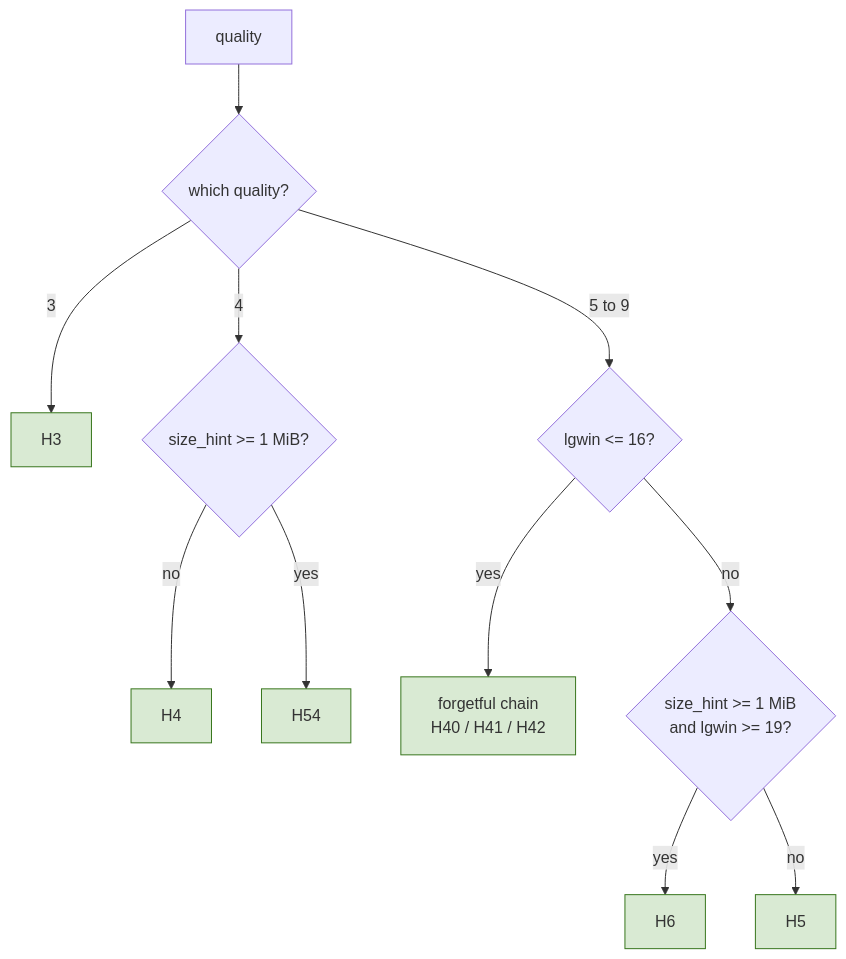
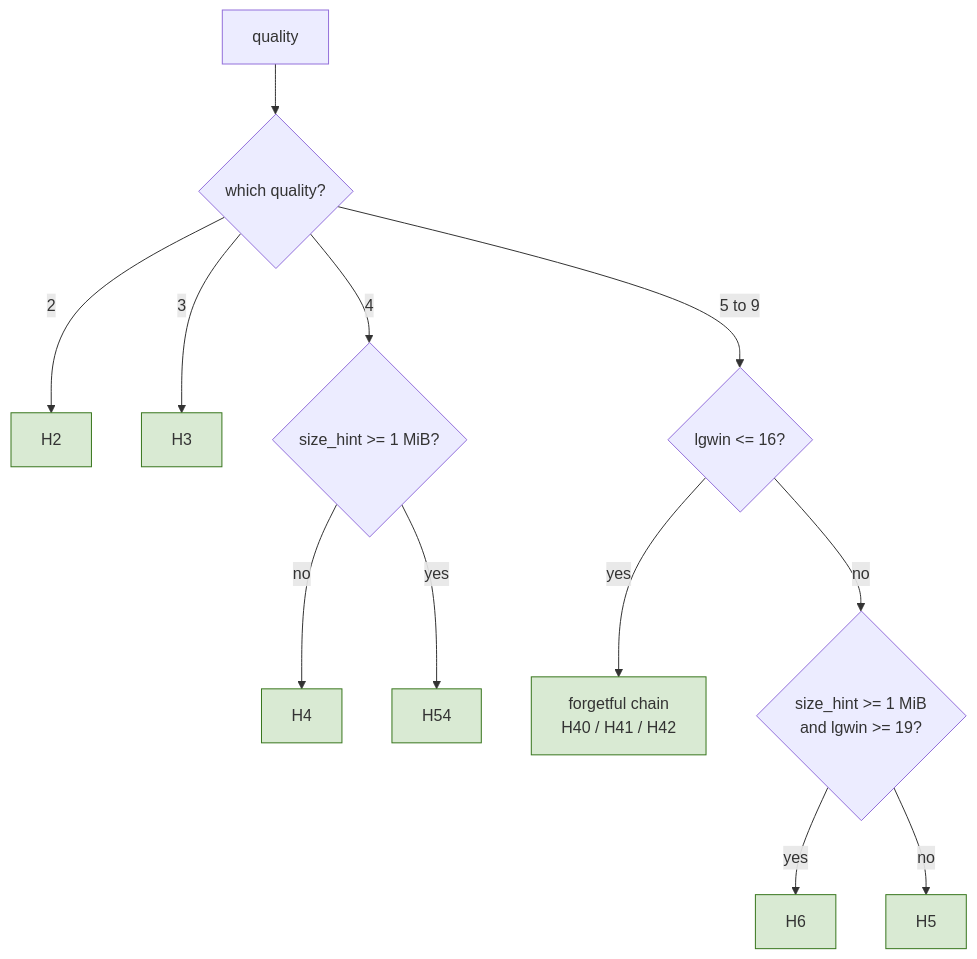
One commit to Mnwa/mbrotli changed the second of 9 diagrams in architecture/greedy-encoder.md. Above: the diagram before and after it, drawn with Mermaid. The commit also changed other lines of this file and 59 other files, not shown here.

````diff
--- a/architecture/greedy-encoder.md
+++ b/architecture/greedy-encoder.md
@@ -126,16 +138,17 @@
 ```mermaid
 flowchart TD
     q["quality"] --> plan{"which quality?"}
+    plan -->|2| h2["H2"]
     plan -->|3| h3["H3"]
     plan -->|4| q4{"size_hint >= 1 MiB?"}
     q4 -->|no| h4["H4"]
     q4 -->|yes| h54["H54"]
     plan -->|5 to 9| q5{"lgwin <= 16?"}
     q5 -->|yes| chain["forgetful chain<br/>H40 / H41 / H42"]
     q5 -->|no| big{"size_hint >= 1 MiB<br/>and lgwin >= 19?"}
     big -->|yes| h6["H6"]
     big -->|no| h5["H5"]
 
     classDef fixed fill:#d9ead3,stroke:#38761d;
-    class h3,h4,h54,chain,h5,h6 fixed;
+    class h2,h3,h4,h54,chain,h5,h6 fixed;
 ```
````
